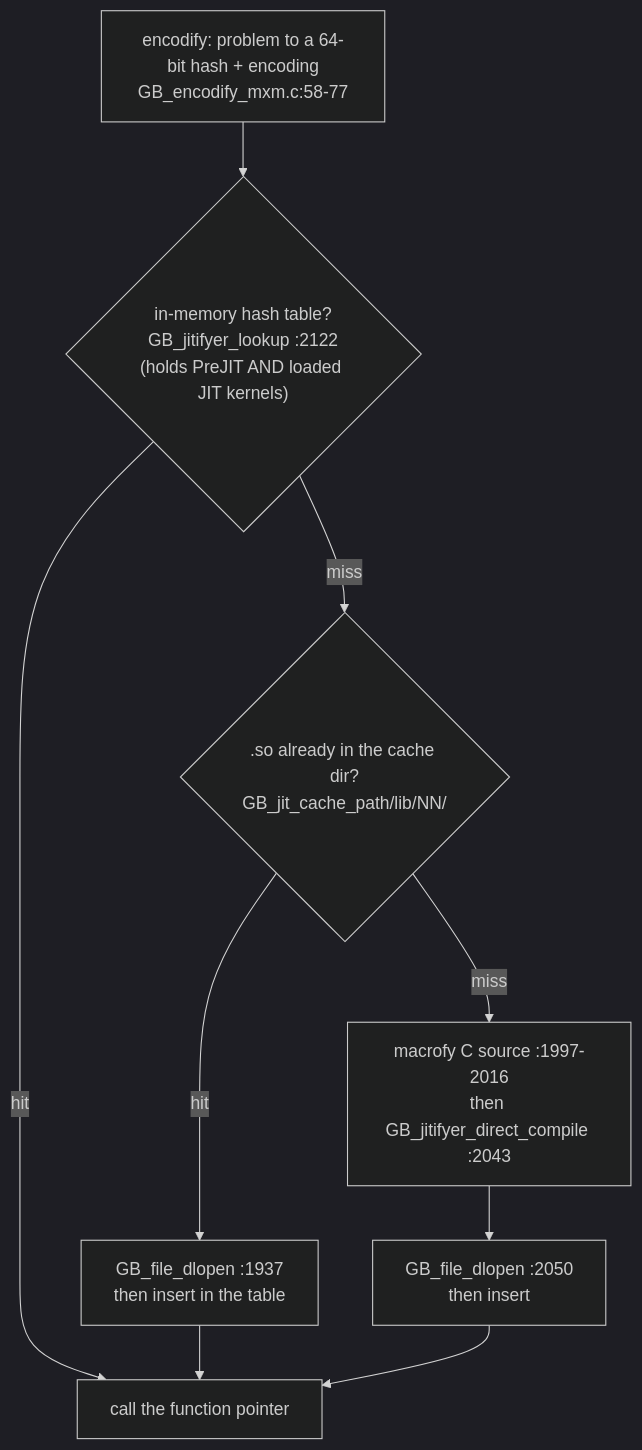
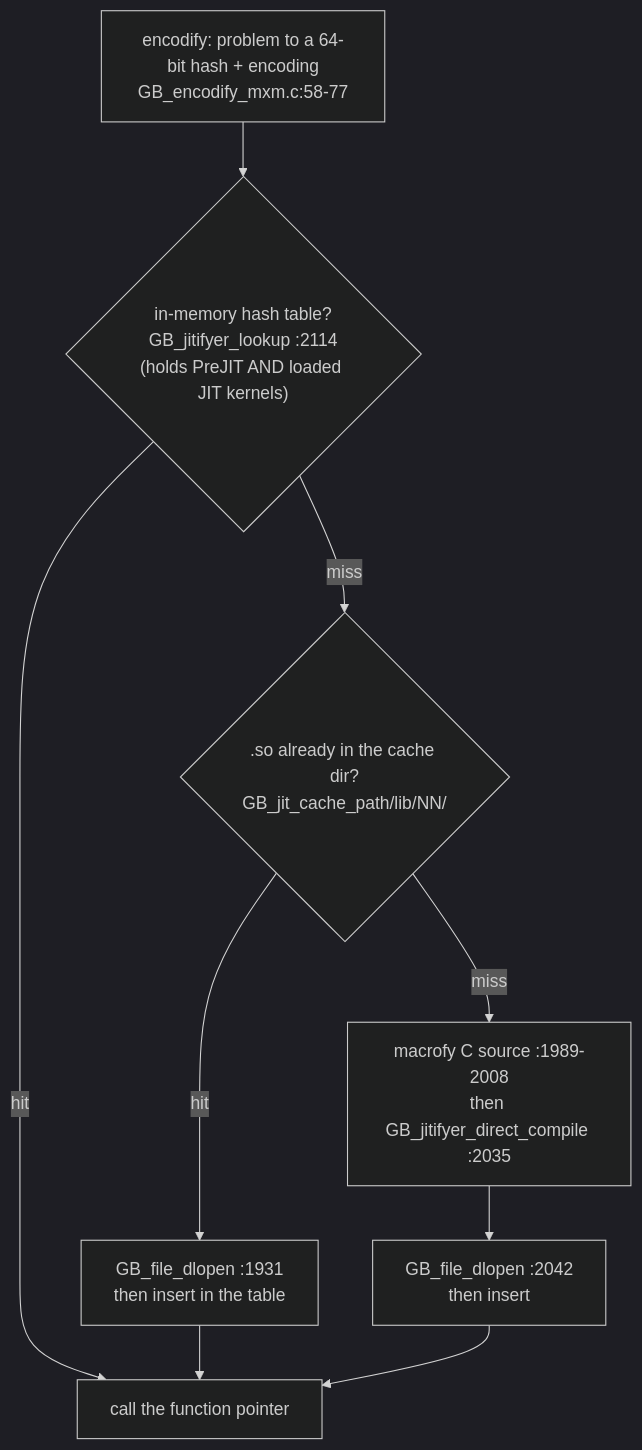
Before and after one commit to AviAvni/database-learning-path: the diagram in topics/19-jit/reading-graphblas-jit.md, drawn with Mermaid (dark theme). The commit also changed other lines of this file and 50 other files, not shown here.

````diff
--- a/topics/19-jit/reading-graphblas-jit.md
+++ b/topics/19-jit/reading-graphblas-jit.md
@@ -252,8 +244,8 @@
 ```mermaid
 flowchart TD
-    E["encodify: problem to a 64-bit hash + encoding<br/>GB_encodify_mxm.c:58-77"] --> H{"in-memory hash table?<br/>GB_jitifyer_lookup :2122<br/>(holds PreJIT AND loaded JIT kernels)"}
+    E["encodify: problem to a 64-bit hash + encoding<br/>GB_encodify_mxm.c:58-77"] --> H{"in-memory hash table?<br/>GB_jitifyer_lookup :2114<br/>(holds PreJIT AND loaded JIT kernels)"}
     H -->|hit| RUN[call the function pointer]
     H -->|miss| D{".so already in the cache dir?<br/>GB_jit_cache_path/lib/NN/"}
-    D -->|hit| DL["GB_file_dlopen :1937<br/>then insert in the table"] --> RUN
-    D -->|miss| CC["macrofy C source :1997-2016<br/>then GB_jitifyer_direct_compile :2043"] --> DL2["GB_file_dlopen :2050<br/>then insert"] --> RUN
+    D -->|hit| DL["GB_file_dlopen :1931<br/>then insert in the table"] --> RUN
+    D -->|miss| CC["macrofy C source :1989-2008<br/>then GB_jitifyer_direct_compile :2035"] --> DL2["GB_file_dlopen :2042<br/>then insert"] --> RUN
 ```
````
